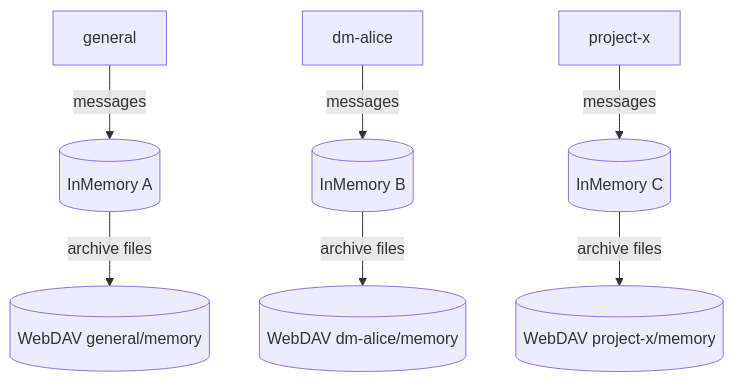
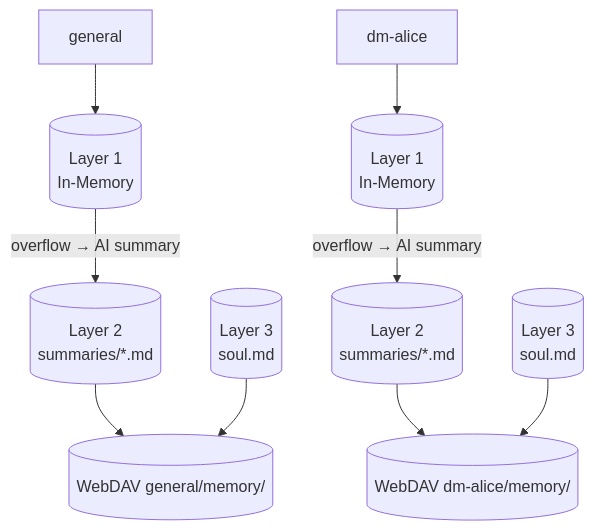
One commit to cosmoswafer/rockbot changed the sixth of 6 diagrams in _dfds/base/memory.md. Above: the diagram before and after it, drawn with Mermaid. The commit also changed other lines of this file and 2 other files, not shown here.

First line of the commit message:
dfd: redesign memory into three-layer architecture (chat history, daily summaries, soul)

````diff
--- a/_dfds/base/memory.md
+++ b/_dfds/base/memory.md
@@ -94,19 +182,22 @@
 ```mermaid
 flowchart TD
     ROOM_A[general]
     ROOM_B[dm-alice]
-    ROOM_C[project-x]
-    MEM_A[(InMemory A)]
-    MEM_B[(InMemory B)]
-    MEM_C[(InMemory C)]
-    DAV_A[(WebDAV general/memory)]
-    DAV_B[(WebDAV dm-alice/memory)]
-    DAV_C[(WebDAV project-x/memory)]
+    DAV_A[(WebDAV general/memory/)]
+    DAV_B[(WebDAV dm-alice/memory/)]
+    L1_A[(Layer 1<br/>In-Memory)]
+    L1_B[(Layer 1<br/>In-Memory)]
+    L2_A[(Layer 2<br/>summaries/*.md)]
+    L2_B[(Layer 2<br/>summaries/*.md)]
+    L3_A[(Layer 3<br/>soul.md)]
+    L3_B[(Layer 3<br/>soul.md)]
 
-    ROOM_A -->|"messages"| MEM_A
-    ROOM_B -->|"messages"| MEM_B
-    ROOM_C -->|"messages"| MEM_C
-    MEM_A -->|"archive files"| DAV_A
-    MEM_B -->|"archive files"| DAV_B
-    MEM_C -->|"archive files"| DAV_C
+    ROOM_A --> L1_A
+    ROOM_B --> L1_B
+    L1_A -->|"overflow → AI summary"| L2_A
+    L1_B -->|"overflow → AI summary"| L2_B
+    L2_A --> DAV_A
+    L2_B --> DAV_B
+    L3_A --> DAV_A
+    L3_B --> DAV_B
 ```
````
